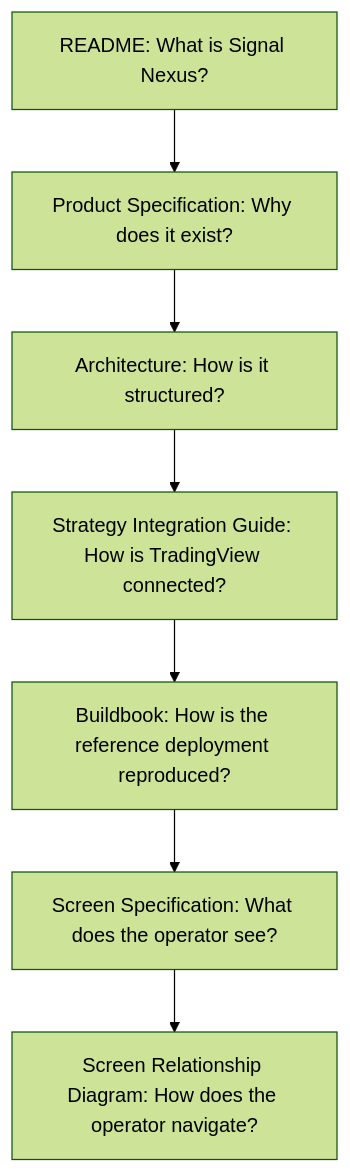
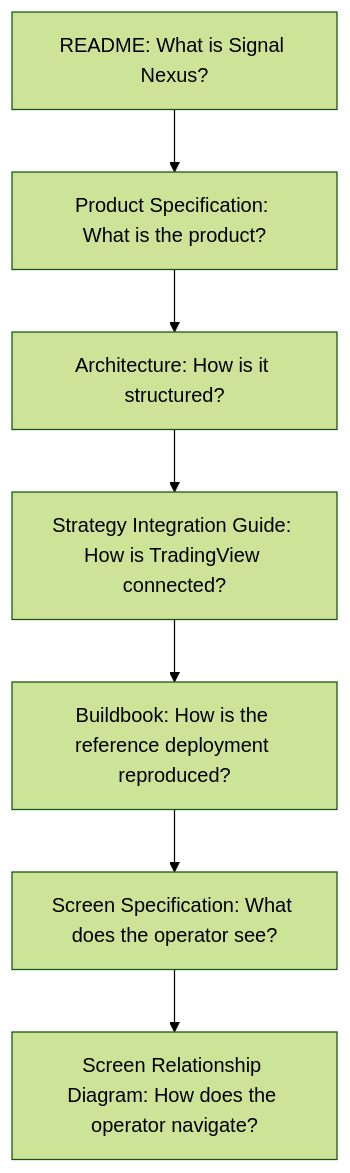
One commit to SignalNexus/signal-nexus changed the second of 2 diagrams in docs/DOCUMENTATION_STRUCTURE.md. Above: the diagram before and after it, drawn with Mermaid (forest theme). The commit also changed other lines of this file and 5 other files, not shown here.

````diff
--- a/docs/DOCUMENTATION_STRUCTURE.md
+++ b/docs/DOCUMENTATION_STRUCTURE.md
@@ -211,9 +160,9 @@
 ```mermaid
 graph TD
-  README["README: What is Signal Nexus?"] --> ProductSpecification["Product Specification: Why does it exist?"]
+  README["README: What is Signal Nexus?"] --> ProductSpecification["Product Specification: What is the product?"]
   ProductSpecification --> Architecture["Architecture: How is it structured?"]
   Architecture --> StrategyIntegrationGuide["Strategy Integration Guide: How is TradingView connected?"]
   StrategyIntegrationGuide --> Buildbook["Buildbook: How is the reference deployment reproduced?"]
   Buildbook --> ScreenSpecification["Screen Specification: What does the operator see?"]
   ScreenSpecification --> ScreenRelationshipDiagram["Screen Relationship Diagram: How does the operator navigate?"]
 ```
````
